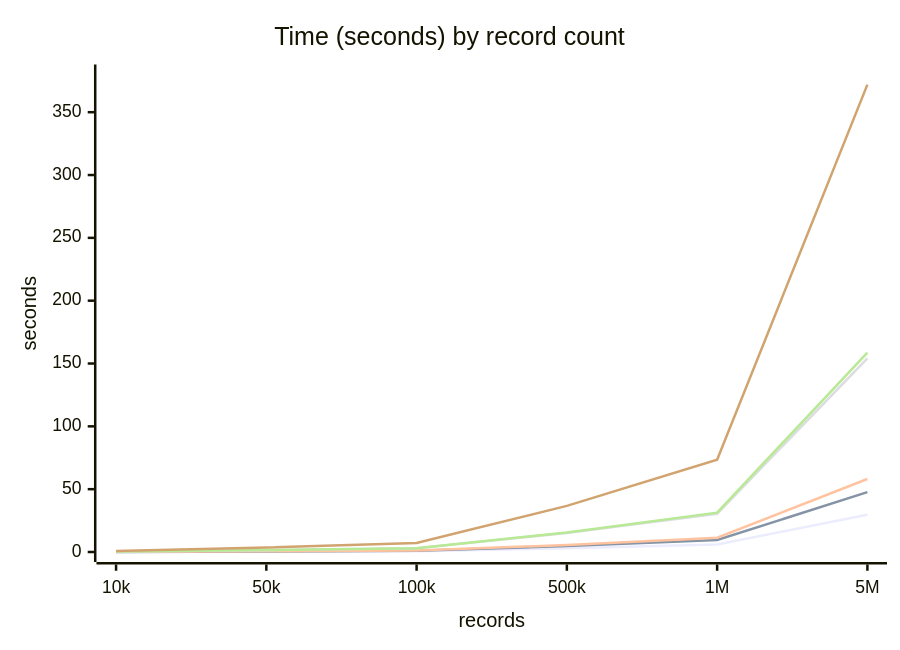
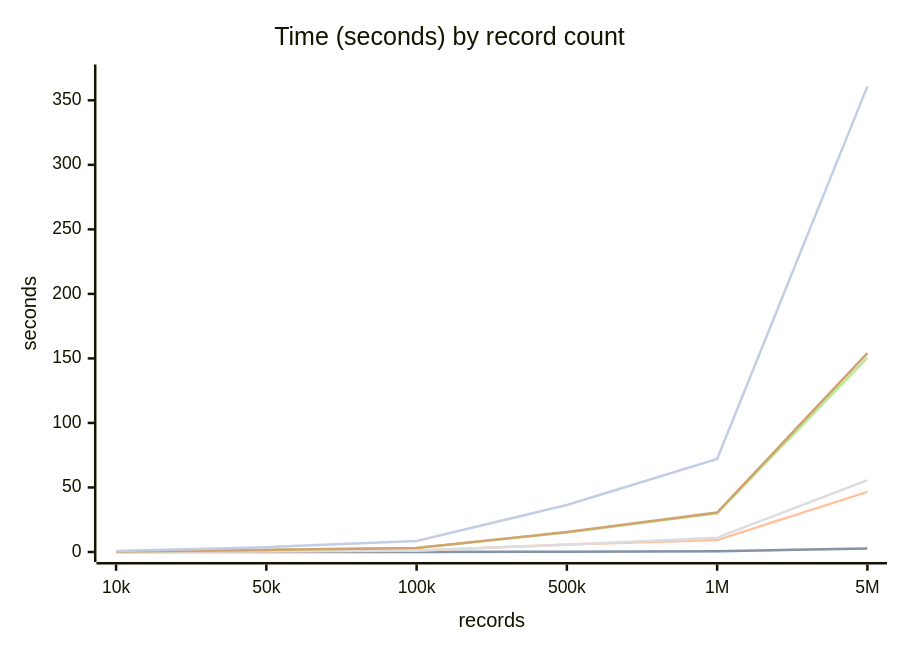
One commit to michaelalexeevweb/php-json-chunk changed the second of 2 diagrams in BENCHMARKS.md. Above: the diagram before and after it, drawn with Mermaid. The commit also changed other lines of this file and 4 other files, not shown here.

Commit message:
feat: version 1.10.0 - list elements decoded in 4 KB runs - 15-21x faster than JsonMachine - benchmarks and README measured again

````diff
--- a/BENCHMARKS.md
+++ b/BENCHMARKS.md
@@ -56,12 +60,13 @@
 ```mermaid
 xychart-beta
     title "Time (seconds) by record count"
     x-axis "records" [10k, 50k, 100k, 500k, 1M, 5M]
-    y-axis "seconds" 0 --> 380
-    line "PhpJsonChunk" [0.06, 0.29, 0.62, 2.95, 5.89, 29.70]
-    line "JsonMachine" [0.09, 0.45, 0.94, 4.68, 9.50, 47.67]
-    line "crocodile2u" [0.12, 0.54, 1.12, 5.63, 11.36, 58.07]
-    line "Salsify" [0.32, 1.47, 2.98, 15.17, 30.46, 154.13]
-    line "JsonCollectionParser" [0.30, 1.54, 3.05, 15.50, 31.31, 158.70]
-    line "JsonDecodeStream" [0.75, 3.54, 7.25, 36.73, 73.52, 371.92]
+    y-axis "seconds" 0 --> 370
+    line "json_decode()" [0.004, 0.02, 0.04, 0.21, 0.45, 2.95]
+    line "PhpJsonChunk" [0.01, 0.03, 0.05, 0.27, 0.54, 2.66]
+    line "JsonMachine" [0.10, 0.48, 0.95, 5.77, 9.24, 46.56]
+    line "crocodile2u" [0.12, 0.60, 1.16, 5.67, 11.14, 55.72]
+    line "Salsify" [0.31, 1.60, 3.02, 15.11, 29.91, 150.68]
+    line "JsonCollectionParser" [0.32, 1.57, 3.11, 15.47, 30.61, 154.11]
+    line "JsonDecodeStream" [0.74, 3.73, 8.58, 36.37, 72.13, 360.79]
 ```
````
